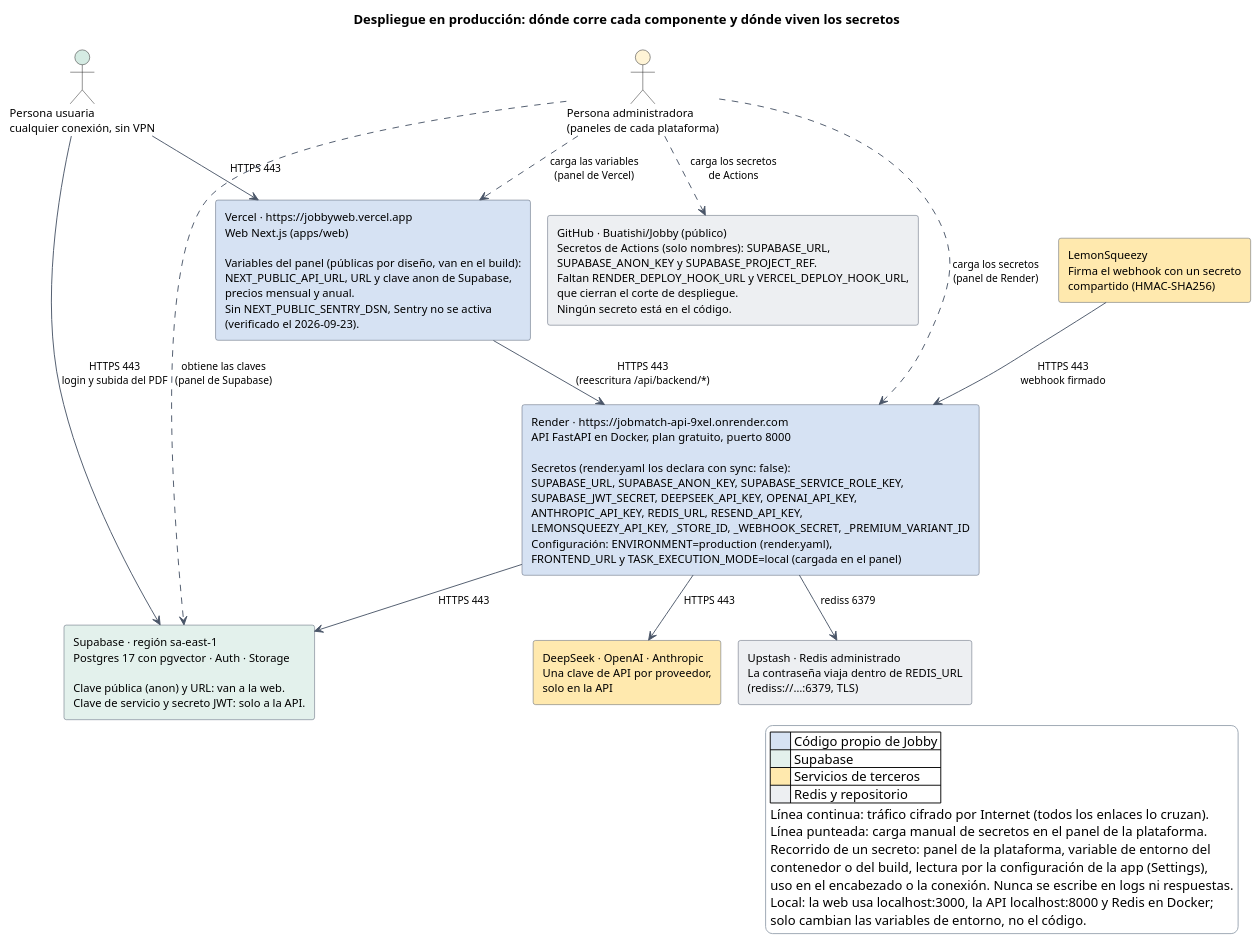
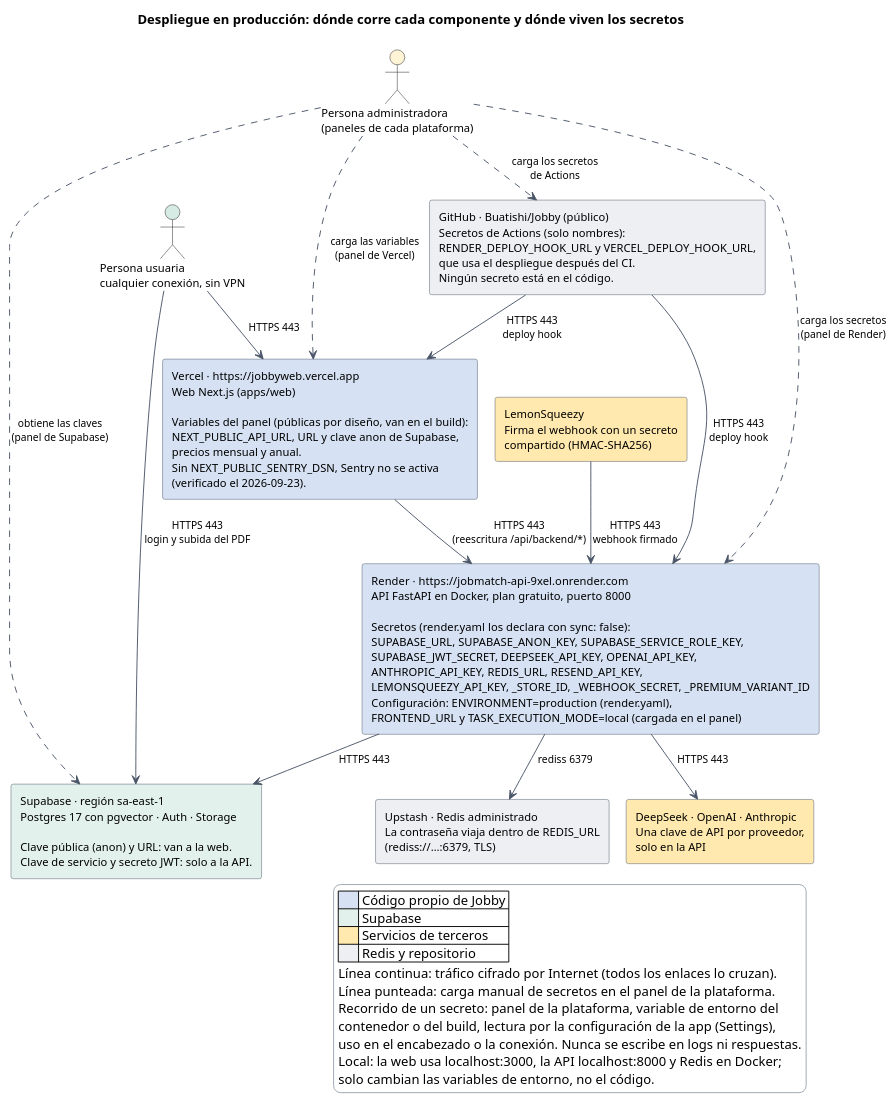
Before and after one commit to Buatishi/Jobby: the diagram in docs/diagramas/despliegue-y-secretos.puml, drawn with PlantUML. The commit also changed 33 other files, not shown here.

```diff
--- a/docs/diagramas/despliegue-y-secretos.puml
+++ b/docs/diagramas/despliegue-y-secretos.puml
@@ -1,61 +1,63 @@
 @startuml
 ' Despliegue de Jobby en producción, con la ubicación de los secretos. Verificado contra render.yaml, .env.example,
 ' README.md (En producción, Despliegue y Variables de entorno), apps/web/next.config.ts y las comprobaciones del 2026-09-21.
 ' Solo aparecen NOMBRES de variables; ningún valor.
 !pragma layout smetana
 top to bottom direction
 skinparam shadowing false
 skinparam defaultFontName Arial
 skinparam defaultFontSize 12
 skinparam ArrowColor #4A5568
 skinparam ArrowFontSize 11
 skinparam RectangleBorderColor #4A5568
 skinparam legendBackgroundColor #FFFFFF
 skinparam legendBorderColor #9AA5B1
 
 title Despliegue en producción: dónde corre cada componente y dónde viven los secretos
 
 actor "Persona usuaria\ncualquier conexión, sin VPN" as U #D5EBE3
 actor "Persona administradora\n(paneles de cada plataforma)" as ADM #FFF4D6
 
 rectangle "Vercel · https://jobbyweb.vercel.app\nWeb Next.js (apps/web)\n\nVariables del panel (públicas por diseño, van en el build):\nNEXT_PUBLIC_API_URL, URL y clave anon de Supabase,\nprecios mensual y anual.\nSin NEXT_PUBLIC_SENTRY_DSN, Sentry no se activa\n(verificado el 2026-09-23)." as WEB #D6E2F3
 
 rectangle "Render · https://jobmatch-api-9xel.onrender.com\nAPI FastAPI en Docker, plan gratuito, puerto 8000\n\nSecretos (render.yaml los declara con sync: false):\nSUPABASE_URL, SUPABASE_ANON_KEY, SUPABASE_SERVICE_ROLE_KEY,\nSUPABASE_JWT_SECRET, DEEPSEEK_API_KEY, OPENAI_API_KEY,\nANTHROPIC_API_KEY, REDIS_URL, RESEND_API_KEY,\nLEMONSQUEEZY_API_KEY, _STORE_ID, _WEBHOOK_SECRET, _PREMIUM_VARIANT_ID\nConfiguración: ENVIRONMENT=production (render.yaml),\nFRONTEND_URL y TASK_EXECUTION_MODE=local (cargada en el panel)" as API #D6E2F3
 
 rectangle "Supabase · región sa-east-1\nPostgres 17 con pgvector · Auth · Storage\n\nClave pública (anon) y URL: van a la web.\nClave de servicio y secreto JWT: solo a la API." as SUP #E3F1EC
 
 rectangle "Upstash · Redis administrado\nLa contraseña viaja dentro de REDIS_URL\n(rediss://…:6379, TLS)" as RED #EDEFF2
 
 rectangle "DeepSeek · OpenAI · Anthropic\nUna clave de API por proveedor,\nsolo en la API" as IA #FFE9AE
 
 rectangle "LemonSqueezy\nFirma el webhook con un secreto\ncompartido (HMAC-SHA256)" as LS #FFE9AE
 
-rectangle "GitHub · Buatishi/Jobby (público)\nSecretos de Actions (solo nombres): SUPABASE_URL,\nSUPABASE_ANON_KEY y SUPABASE_PROJECT_REF.\nFaltan RENDER_DEPLOY_HOOK_URL y VERCEL_DEPLOY_HOOK_URL,\nque cierran el corte de despliegue.\nNingún secreto está en el código." as GH #EDEFF2
+rectangle "GitHub · Buatishi/Jobby (público)\nSecretos de Actions (solo nombres):\nRENDER_DEPLOY_HOOK_URL y VERCEL_DEPLOY_HOOK_URL,\nque usa el despliegue después del CI.\nNingún secreto está en el código." as GH #EDEFF2
 
 U --> WEB : HTTPS 443
 U --> SUP : HTTPS 443\nlogin y subida del PDF
 WEB --> API : HTTPS 443\n(reescritura /api/backend/*)
 API --> SUP : HTTPS 443
 API --> RED : rediss 6379
 API --> IA : HTTPS 443
 LS --> API : HTTPS 443\nwebhook firmado
+GH --> API : HTTPS 443\ndeploy hook
+GH --> WEB : HTTPS 443\ndeploy hook
 
 ADM ..> WEB : carga las variables\n(panel de Vercel)
 ADM ..> API : carga los secretos\n(panel de Render)
 ADM ..> SUP : obtiene las claves\n(panel de Supabase)
 ADM ..> GH : carga los secretos\nde Actions
 
 legend right
   |<#D6E2F3>      | Código propio de Jobby |
   |<#E3F1EC>      | Supabase |
   |<#FFE9AE>      | Servicios de terceros |
   |<#EDEFF2>      | Redis y repositorio |
   Línea continua: tráfico cifrado por Internet (todos los enlaces lo cruzan).
   Línea punteada: carga manual de secretos en el panel de la plataforma.
   Recorrido de un secreto: panel de la plataforma, variable de entorno del
   contenedor o del build, lectura por la configuración de la app (Settings),
   uso en el encabezado o la conexión. Nunca se escribe en logs ni respuestas.
   Local: la web usa localhost:3000, la API localhost:8000 y Redis en Docker;
   solo cambian las variables de entorno, no el código.
 endlegend
 @enduml
```
